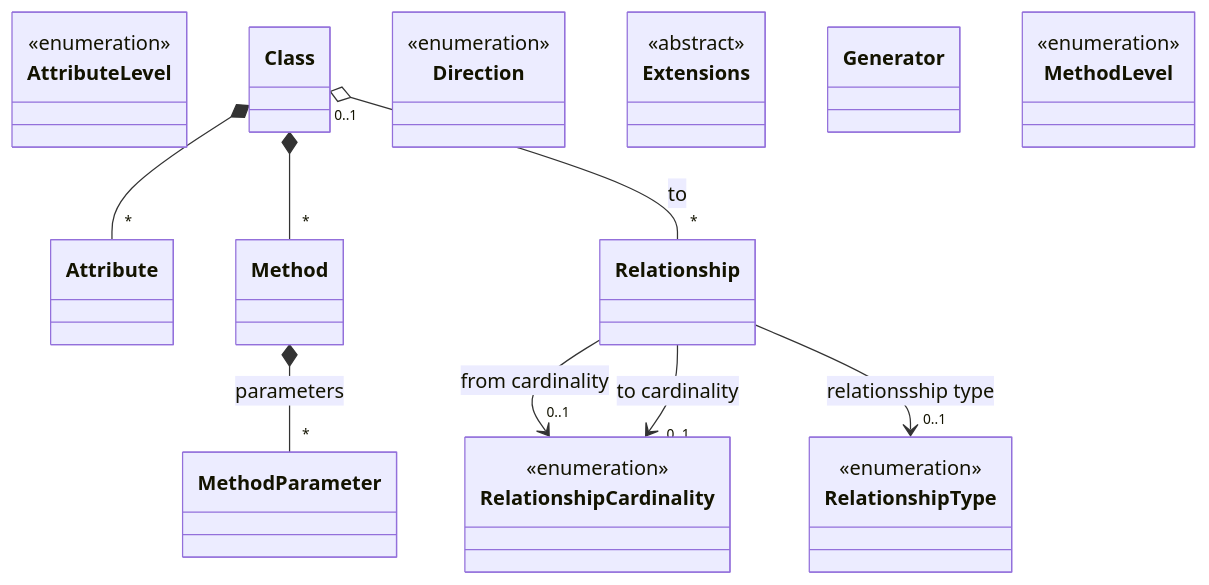
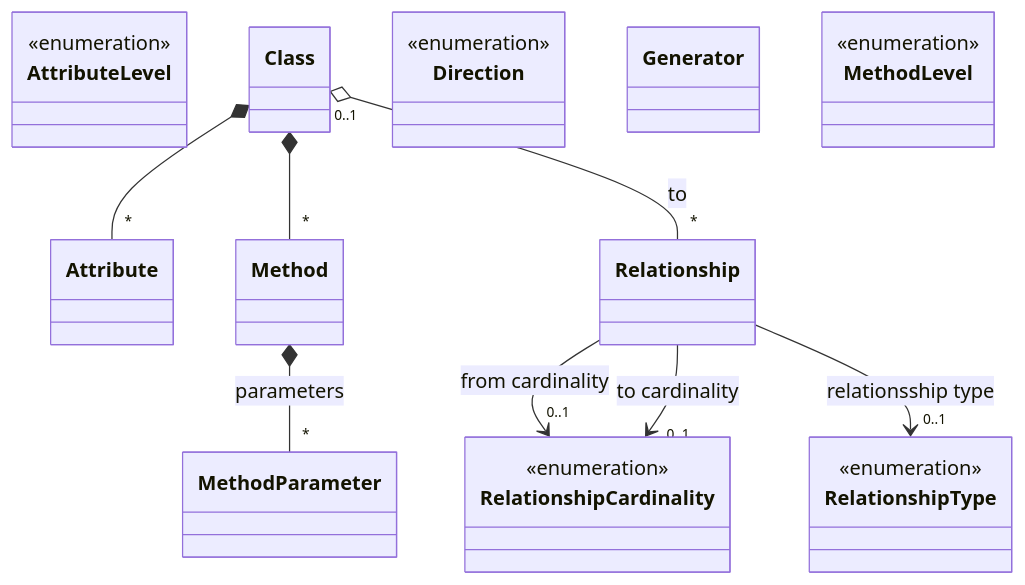
Before and after one commit to ebjornset/DryGen: the fifth of 5 diagrams in docs/examples/mermaid-class-diagram-details.md, drawn with Mermaid. The commit also changed other lines of this file and 6 other files, not shown here.

````diff
--- a/docs/examples/mermaid-class-diagram-details.md
+++ b/docs/examples/mermaid-class-diagram-details.md
@@ -157,42 +160,39 @@
 ```mermaid
 classDiagram
 	direction TB
 	class Attribute {
 	}
 	class AttributeLevel {
 		<<enumeration>>
 	}
 	class Class {
 	}
 	class Direction {
 		<<enumeration>>
-	}
-	class Extensions {
-		<<abstract>>
 	}
 	class Generator {
 	}
 	class Method {
 	}
 	class MethodLevel {
 		<<enumeration>>
 	}
 	class MethodParameter {
 	}
 	class Relationship {
 	}
 	class RelationshipCardinality {
 		<<enumeration>>
 	}
 	class RelationshipType {
 		<<enumeration>>
 	}
 	Class *-- "*" Attribute
 	Class *-- "*" Method
 	Class "0..1" o-- "*" Relationship : to
 	Method *-- "*" MethodParameter : parameters
 	Relationship --> "0..1" RelationshipCardinality : from cardinality
 	Relationship --> "0..1" RelationshipType : relationsship type
 	Relationship --> "0..1" RelationshipCardinality : to cardinality
 
 ```
````
